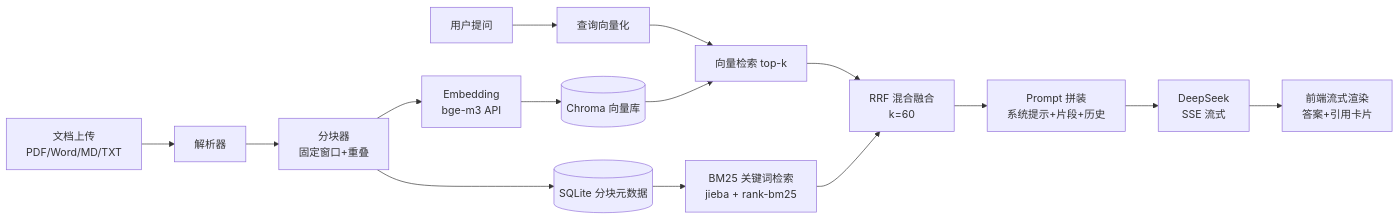
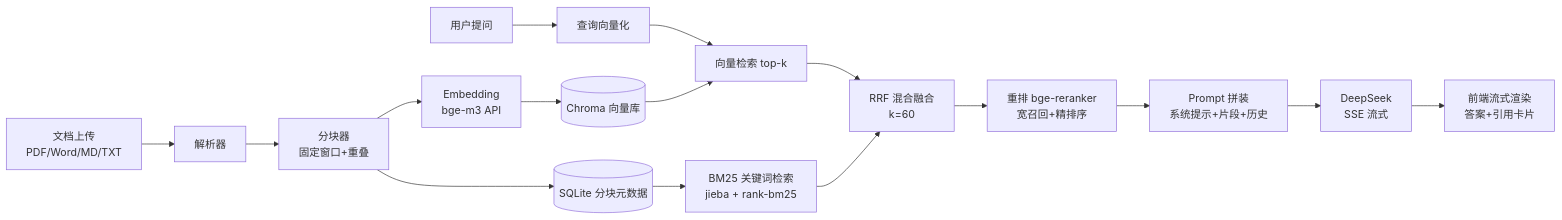
The diagram in README.md (Maple-in-rain/docmind), drawn with Mermaid before and after one commit. The commit also changed other lines of this file and 3 other files, not shown here.

Commit message:
docs: README 终审（数字一致性/架构图补重排/在线演示链接/部署指南更新）+ LICENSE

````diff
--- a/README.md
+++ b/README.md
@@ -67,18 +69,19 @@
 ```mermaid
 flowchart LR
     A[文档上传<br>PDF/Word/MD/TXT] --> B[解析器]
     B --> C[分块器<br>固定窗口+重叠]
     C --> D[Embedding<br>bge-m3 API]
     D --> E[(Chroma 向量库)]
     C --> F[(SQLite 分块元数据)]
 
     G[用户提问] --> H[查询向量化]
     H --> I[向量检索 top-k]
     F --> M[BM25 关键词检索<br>jieba + rank-bm25]
     I --> N[RRF 混合融合<br>k=60]
     M --> N
     E --> I
-    N --> J[Prompt 拼装<br>系统提示+片段+历史]
+    N --> O[重排 bge-reranker<br>宽召回+精排序]
+    O --> J[Prompt 拼装<br>系统提示+片段+历史]
     J --> K[DeepSeek<br>SSE 流式]
     K --> L[前端流式渲染<br>答案+引用卡片]
 ```
````
